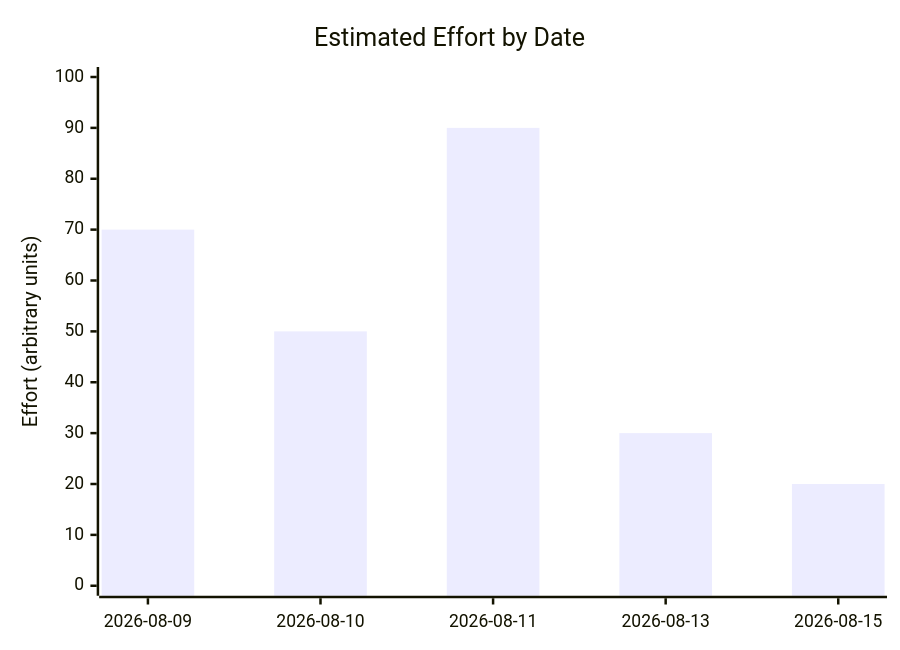
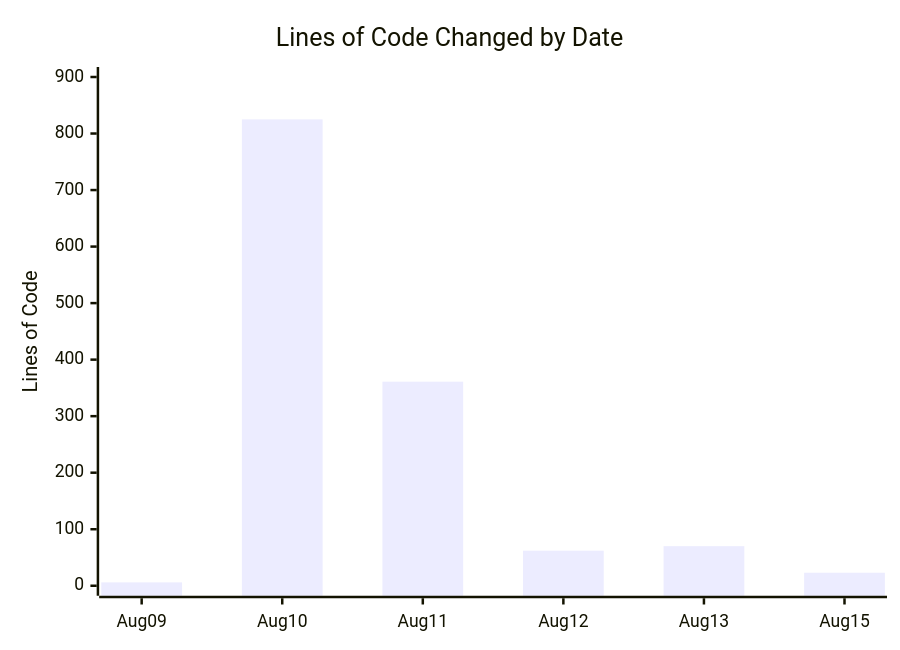
Before and after one commit to roger64s/gradagig-website: the second of 2 diagrams in docs/PROJECT_SUMMARY.md, drawn with Mermaid. The commit also changed other lines of this file, not shown here.

````diff
--- a/docs/PROJECT_SUMMARY.md
+++ b/docs/PROJECT_SUMMARY.md
@@ -29,7 +55,7 @@
 ```mermaid
 xychart-beta
-    title "Estimated Effort by Date"
-    x-axis [2026-08-09, 2026-08-10, 2026-08-11, 2026-08-13, 2026-08-15]
-    y-axis "Effort (arbitrary units)" 0 --> 100
-    bar [70, 50, 90, 30, 20]
+    title "Lines of Code Changed by Date"
+    x-axis [Aug 09, Aug 10, Aug 11, Aug 12, Aug 13, Aug 15]
+    y-axis "Lines of Code" 0 --> 900
+    bar [6, 825, 361, 62, 70, 23]
 ```
````
